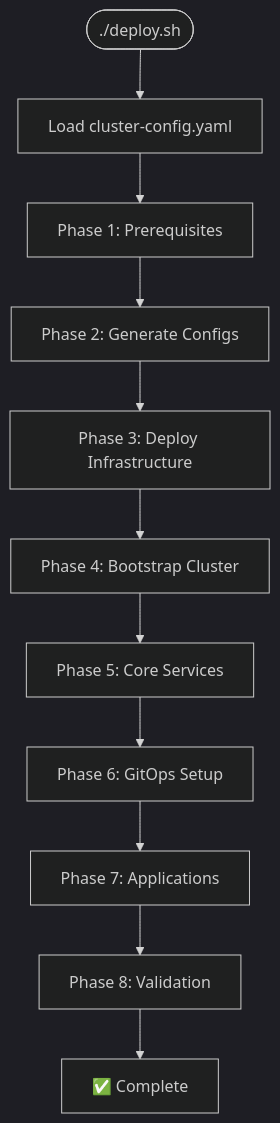
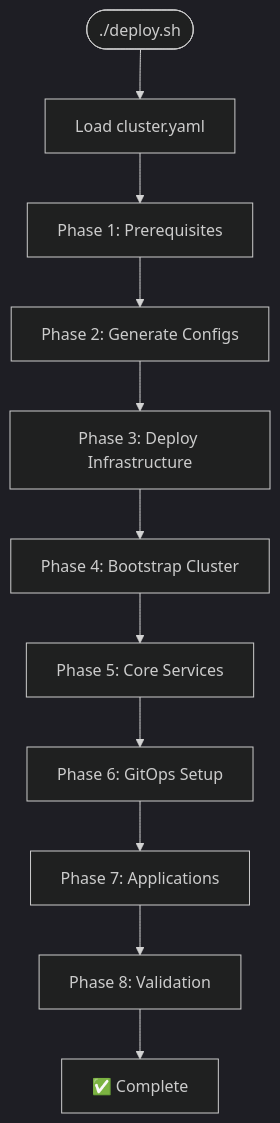
One commit to binGhzal/infraFlux changed the diagram in docs/ARCHITECTURE.md. Above: the diagram before and after it, drawn with Mermaid (dark theme). The commit also changed other lines of this file and 11 other files, not shown here.

````diff
--- a/docs/ARCHITECTURE.md
+++ b/docs/ARCHITECTURE.md
@@ -113,13 +113,13 @@
 ```mermaid
 graph TD
-    START([./deploy.sh]) --> CONFIG[Load cluster-config.yaml]
+    START([./deploy.sh]) --> CONFIG[Load cluster.yaml]
     CONFIG --> PREREQ[Phase 1: Prerequisites]
     PREREQ --> GENERATE[Phase 2: Generate Configs]
     GENERATE --> INFRA[Phase 3: Deploy Infrastructure]
     INFRA --> BOOTSTRAP[Phase 4: Bootstrap Cluster]
     BOOTSTRAP --> CORE[Phase 5: Core Services]
     CORE --> GITOPS[Phase 6: GitOps Setup]
     GITOPS --> APPS[Phase 7: Applications]
     APPS --> VALIDATE[Phase 8: Validation]
     VALIDATE --> COMPLETE[✅ Complete]
 ```
````
